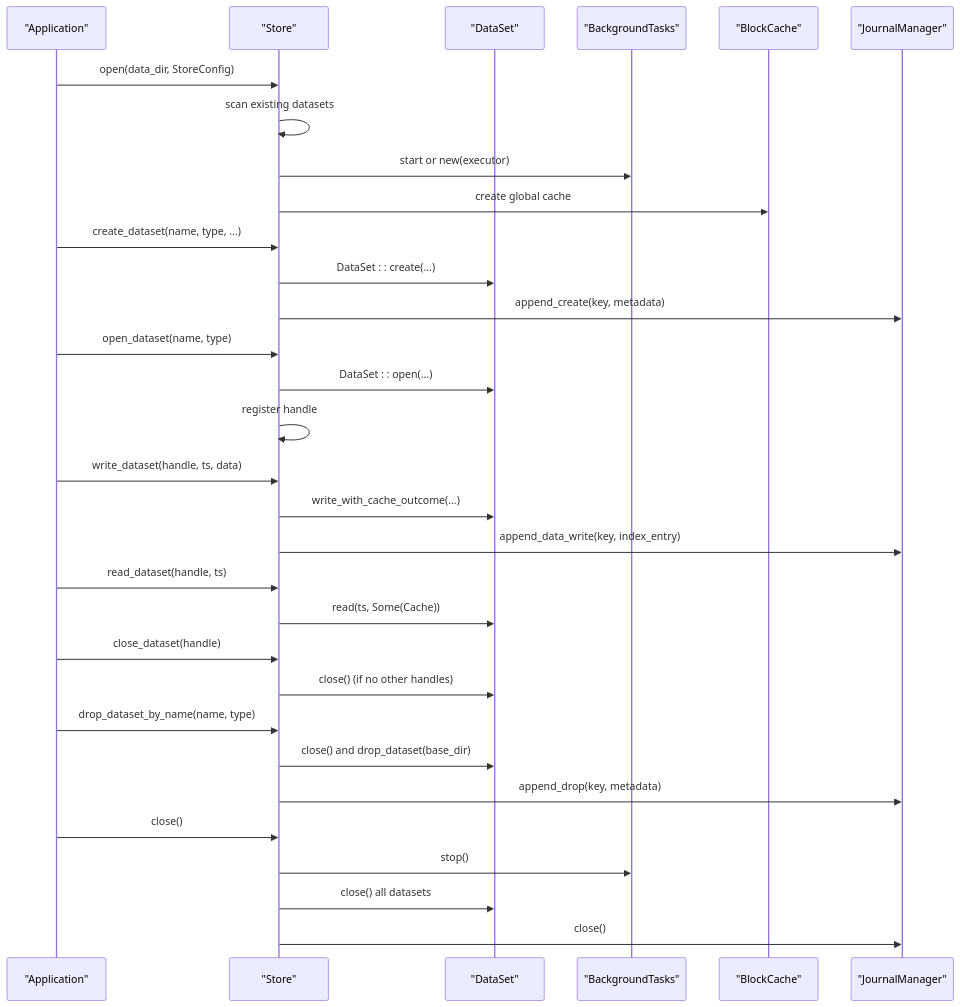
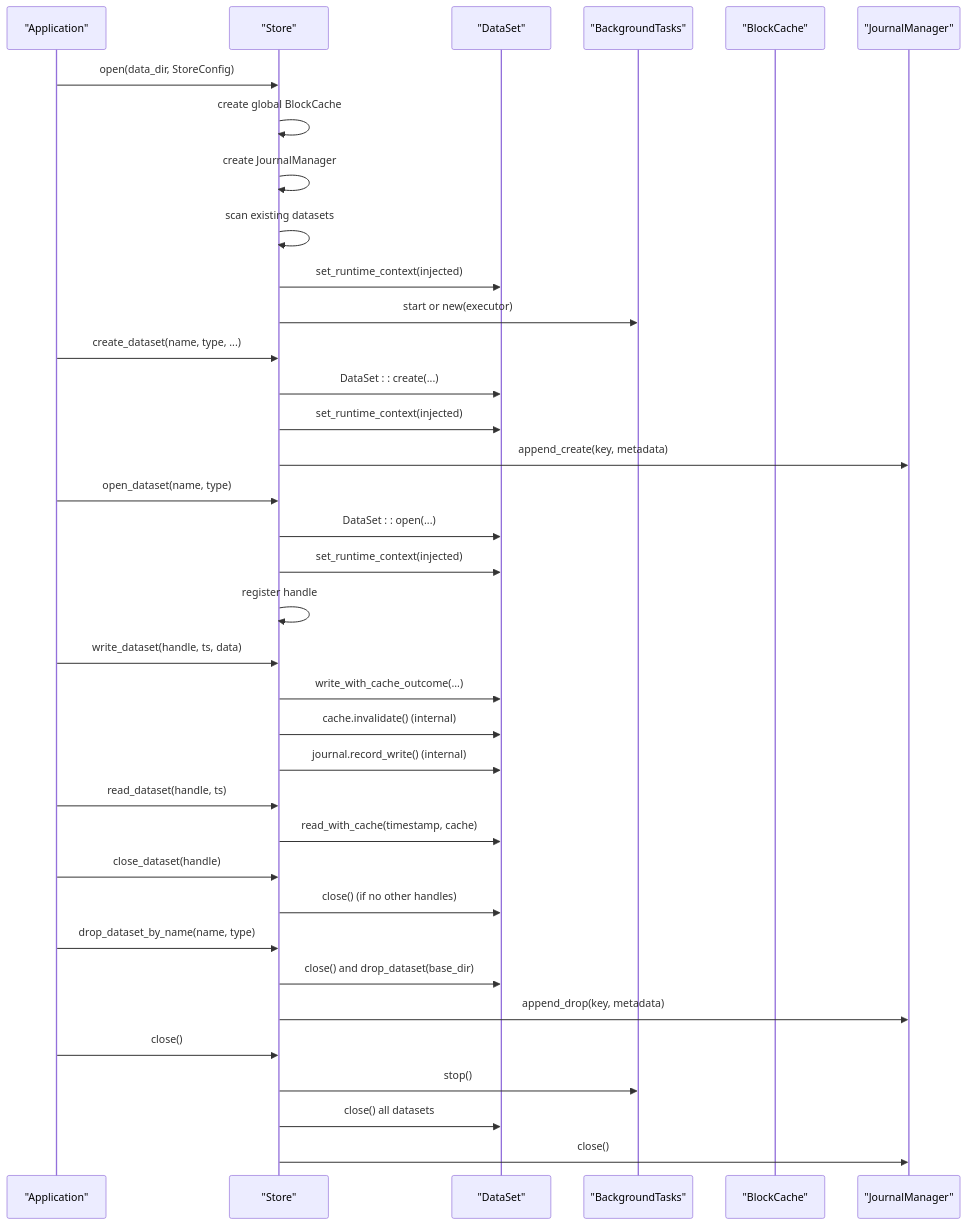
One commit to snower/timslite changed the second of 3 diagrams in .qoder/repowiki/en/content/API Reference/Rust API/Store Management.md. Above: the diagram before and after it, drawn with Mermaid. The commit also changed other lines of this file and 35 other files, not shown here.

````diff
--- a/.qoder/repowiki/en/content/API Reference/Rust API/Store Management.md
+++ b/.qoder/repowiki/en/content/API Reference/Rust API/Store Management.md
@@ -96,33 +105,38 @@
 ```mermaid
 sequenceDiagram
 participant App as "Application"
 participant Store as "Store"
 participant DS as "DataSet"
 participant BG as "BackgroundTasks"
 participant Cache as "BlockCache"
 participant Journal as "JournalManager"
 App->>Store : open(data_dir, StoreConfig)
+Store->>Store : create global BlockCache
+Store->>Store : create JournalManager
 Store->>Store : scan existing datasets
+Store->>DS : set_runtime_context(injected)
 Store->>BG : start or new(executor)
-Store->>Cache : create global cache
 App->>Store : create_dataset(name, type, ...)
 Store->>DS : DataSet : : create(...)
+Store->>DS : set_runtime_context(injected)
 Store->>Journal : append_create(key, metadata)
 App->>Store : open_dataset(name, type)
 Store->>DS : DataSet : : open(...)
+Store->>DS : set_runtime_context(injected)
 Store->>Store : register handle
 App->>Store : write_dataset(handle, ts, data)
 Store->>DS : write_with_cache_outcome(...)
-Store->>Journal : append_data_write(key, index_entry)
+Store->>DS : cache.invalidate() (internal)
+Store->>DS : journal.record_write() (internal)
 App->>Store : read_dataset(handle, ts)
-Store->>DS : read(ts, Some(Cache))
+Store->>DS : read_with_cache(timestamp, cache)
 App->>Store : close_dataset(handle)
 Store->>DS : close() (if no other handles)
 App->>Store : drop_dataset_by_name(name, type)
 Store->>DS : close() and drop_dataset(base_dir)
 Store->>Journal : append_drop(key, metadata)
 App->>Store : close()
 Store->>BG : stop()
 Store->>DS : close() all datasets
 Store->>Journal : close()
 ```
````
